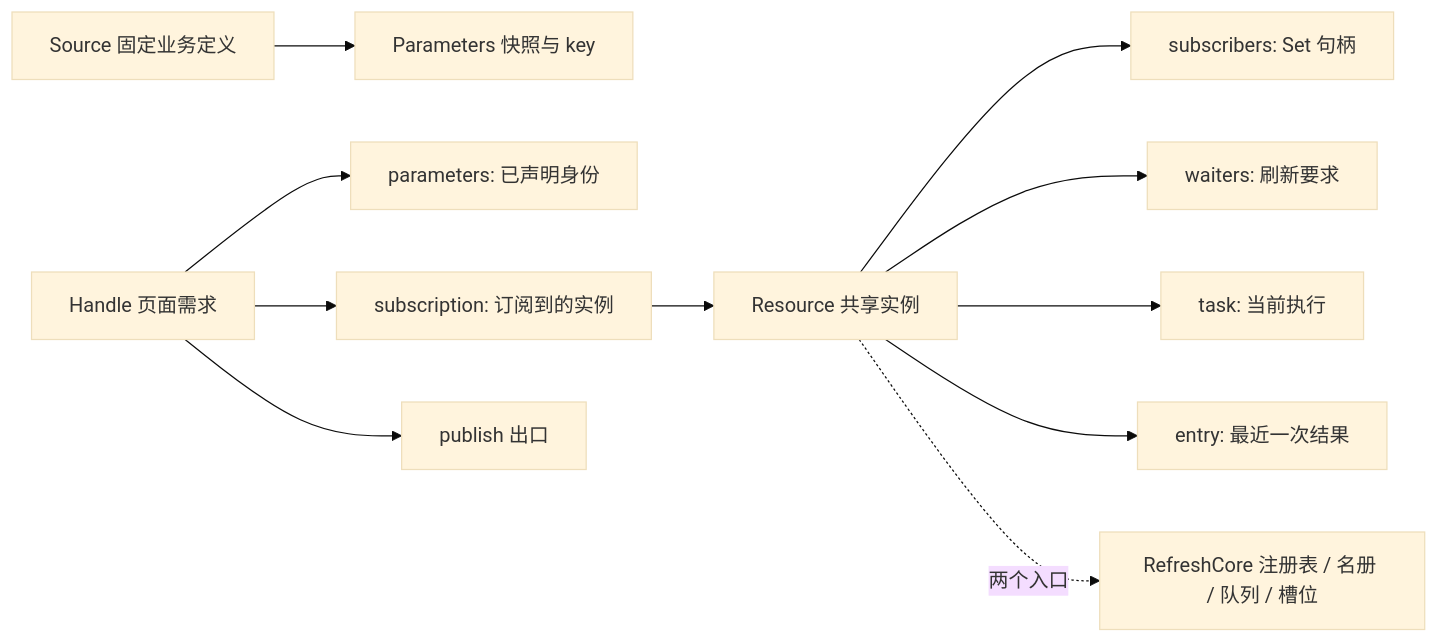
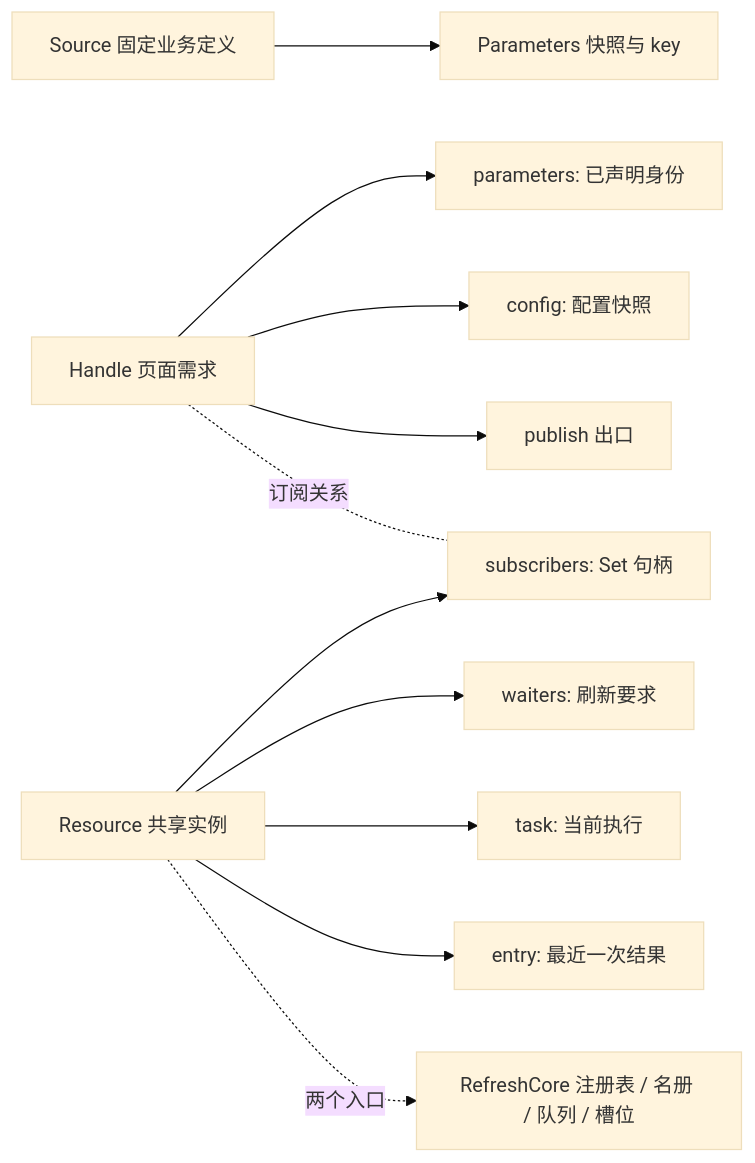
Before and after one commit to anjing0524/vue-refresh: the diagram in DESIGN.md, drawn with Mermaid (base theme). The commit also changed other lines of this file and 6 other files, not shown here.

Commit message:
订阅关系只留一处事实、配置快照改字段：删 Handle.subscription（ADR-57）

````diff
--- a/DESIGN.md
+++ b/DESIGN.md
@@ -76,13 +76,13 @@
 ```mermaid
 flowchart LR
   Source[Source 固定业务定义] --> Parameters[Parameters 快照与 key]
   Handle[Handle 页面需求] --> Params[parameters: 已声明身份]
-  Handle --> Sub[subscription: 订阅到的实例]
+  Handle --> Config[config: 配置快照]
   Handle --> Pub[publish 出口]
-  Sub --> Resource[Resource 共享实例]
-  Resource --> Subs[subscribers: Set 句柄]
+  Handle -. 订阅关系 .- Subs
+  Resource[Resource 共享实例] --> Subs[subscribers: Set 句柄]
   Resource --> Waiters[waiters: 刷新要求]
   Resource --> Task[task: 当前执行]
   Resource --> Entry[entry: 最近一次结果]
   Resource -. 两个入口 .-> Core[RefreshCore 注册表 / 名册 / 队列 / 槽位]
 ```
````
